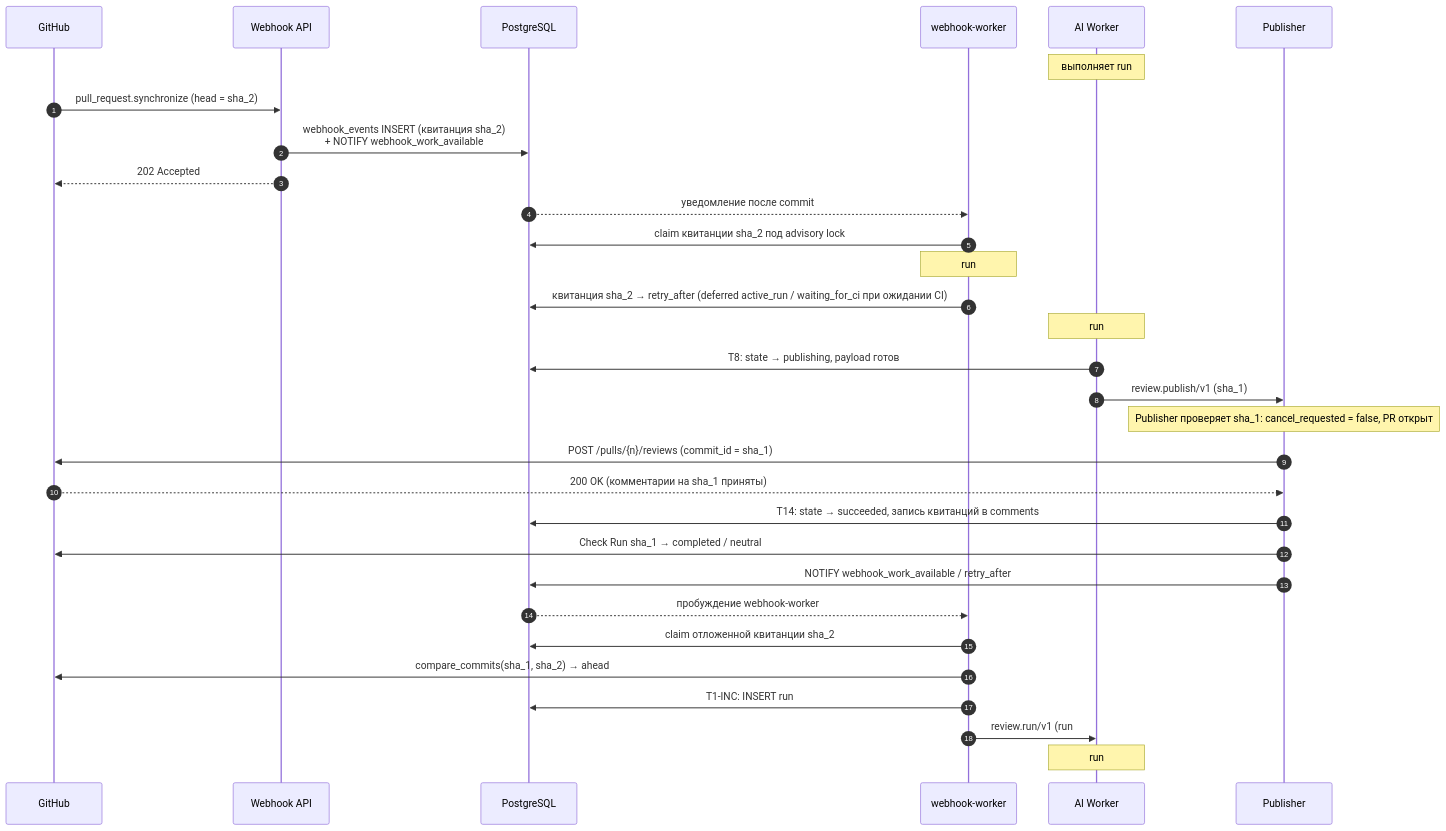
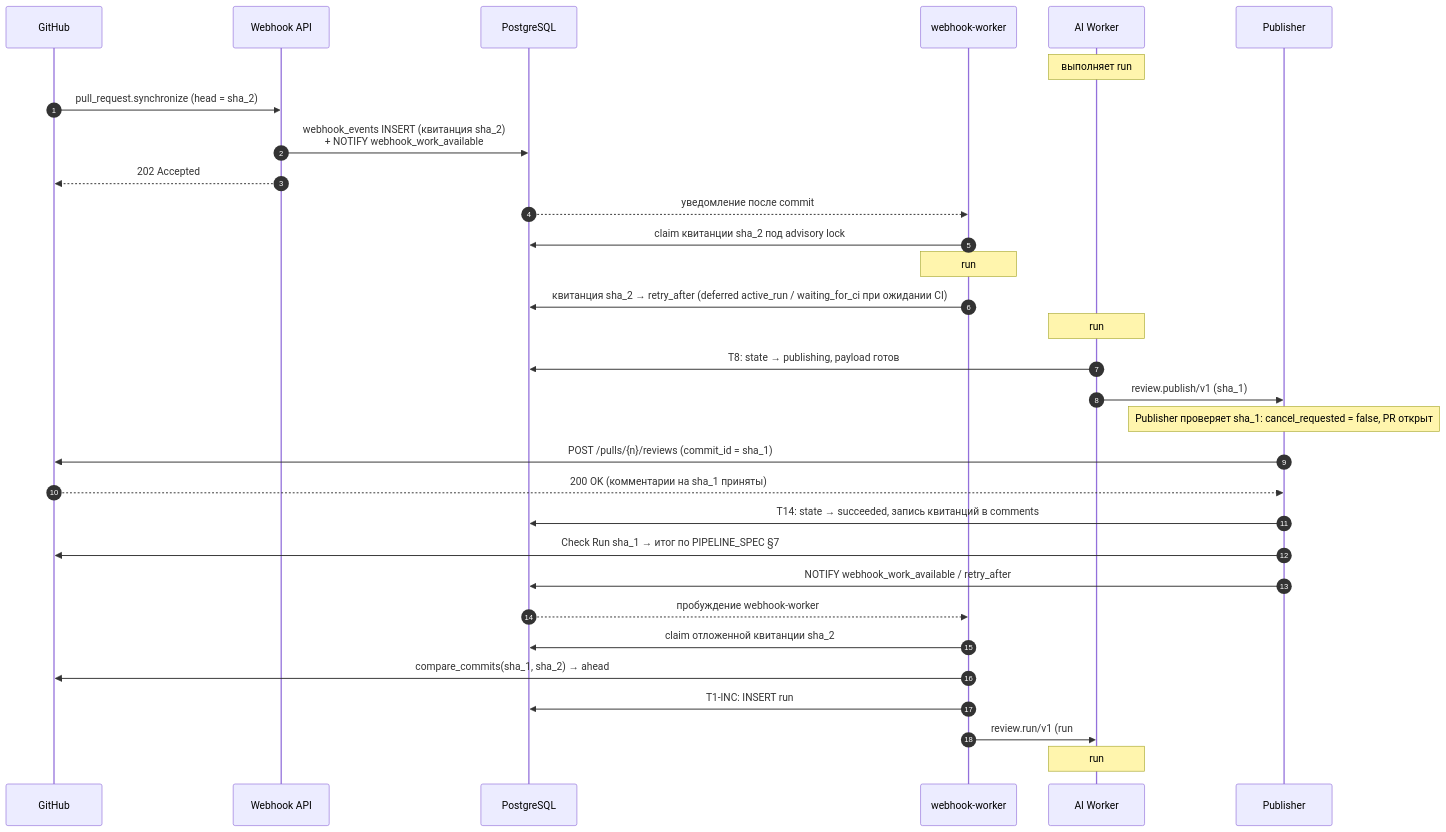
The sixth of 13 diagrams in docs/SYSTEM_DESIGN.md (larchanka-training/dmc-268-api-t6), drawn with Mermaid before and after one commit. The commit also changed 1 other file, not shown here.

Commit message:
docs(reviews): align incremental check-run conclusions with PS §7
Refs #306

````diff
--- a/docs/SYSTEM_DESIGN.md
+++ b/docs/SYSTEM_DESIGN.md
@@ -434,34 +434,34 @@
 ```mermaid
 sequenceDiagram
   autonumber
   participant GH as GitHub
   participant WH as Webhook API
   participant PG as PostgreSQL
   participant WW as webhook-worker
   participant W as AI Worker
   participant P as Publisher
 
   Note over W: выполняет run#1 (sha_1, state = running)
   GH->>WH: pull_request.synchronize (head = sha_2)
   WH->>PG: webhook_events INSERT (квитанция sha_2)<br/>+ NOTIFY webhook_work_available
   WH-->>GH: 202 Accepted
   PG-->>WW: уведомление после commit
   WW->>PG: claim квитанции sha_2 под advisory lock
   Note over WW: run#1 уже в running — отмена НЕ выставляется!
   WW->>PG: квитанция sha_2 → retry_after (deferred active_run / waiting_for_ci при ожидании CI)
   Note over W: run#1 завершает анализ и Pass 6b
   W->>PG: T8: state → publishing, payload готов
   W->>P: review.publish/v1 (sha_1)
   Note over P: Publisher проверяет sha_1: cancel_requested = false, PR открыт
   P->>GH: POST /pulls/{n}/reviews (commit_id = sha_1)
   GH-->>P: 200 OK (комментарии на sha_1 приняты)
   P->>PG: T14: state → succeeded, запись квитанций в comments
-  P->>GH: Check Run sha_1 → completed / neutral
+  P->>GH: Check Run sha_1 → итог по PIPELINE_SPEC §7
   P->>PG: NOTIFY webhook_work_available / retry_after
   PG-->>WW: пробуждение webhook-worker
   WW->>PG: claim отложенной квитанции sha_2
   WW->>GH: compare_commits(sha_1, sha_2) → ahead
   WW->>PG: T1-INC: INSERT run#2 (is_incremental = true, diff_base_commit = sha_1)
   WW->>W: review.run/v1 (run#2, дельта sha_1...sha_2)
   Note over W: run#2 анализирует только дельту коммитов
 ```
````
